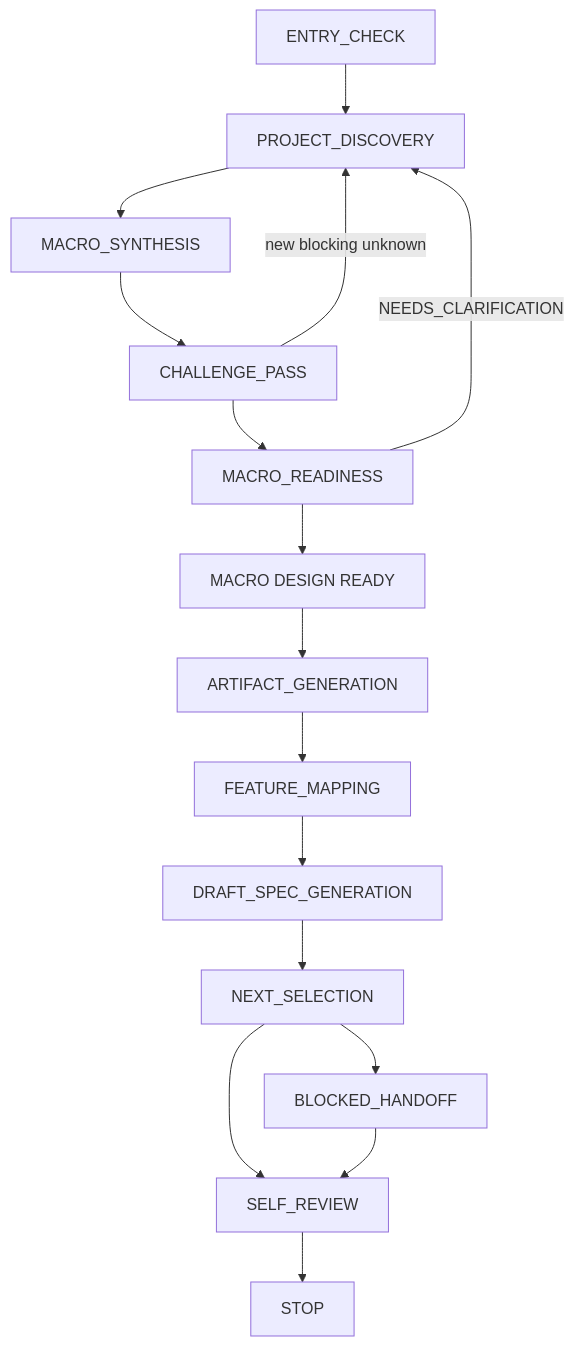
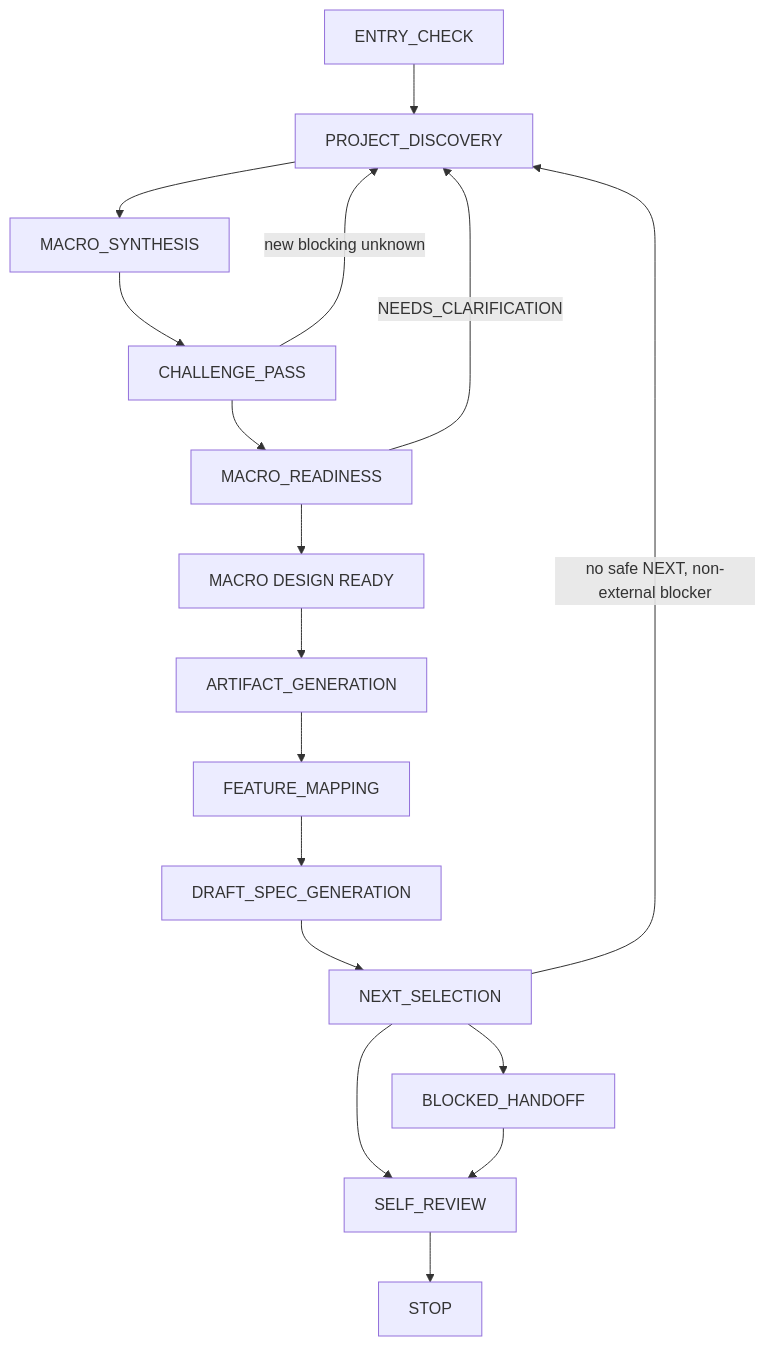
The diagram in docs/coding-start/index.md (MaoyuanYang/foundry), drawn with Mermaid before and after one commit. The commit also changed 32 other files, not shown here.

````diff
--- a/docs/coding-start/index.md
+++ b/docs/coding-start/index.md
@@ -19,18 +19,19 @@
 ```mermaid
 flowchart TD
   ENTRY[ENTRY_CHECK] --> DISC[PROJECT_DISCOVERY]
   DISC --> SYN[MACRO_SYNTHESIS]
   SYN --> CHAL[CHALLENGE_PASS]
   CHAL -->|new blocking unknown| DISC
   CHAL --> READY[MACRO_READINESS]
   READY -->|NEEDS_CLARIFICATION| DISC
   READY --> GATE[MACRO DESIGN READY]
   GATE --> ART[ARTIFACT_GENERATION]
   ART --> MAP[FEATURE_MAPPING]
   MAP --> DRAFT[DRAFT_SPEC_GENERATION]
   DRAFT --> NEXT[NEXT_SELECTION]
+  NEXT -->|no safe NEXT, non-external blocker| DISC
   NEXT --> BLOCK[BLOCKED_HANDOFF]
   NEXT --> REV[SELF_REVIEW]
   BLOCK --> REV
   REV --> STOP[STOP]
 ```
````
